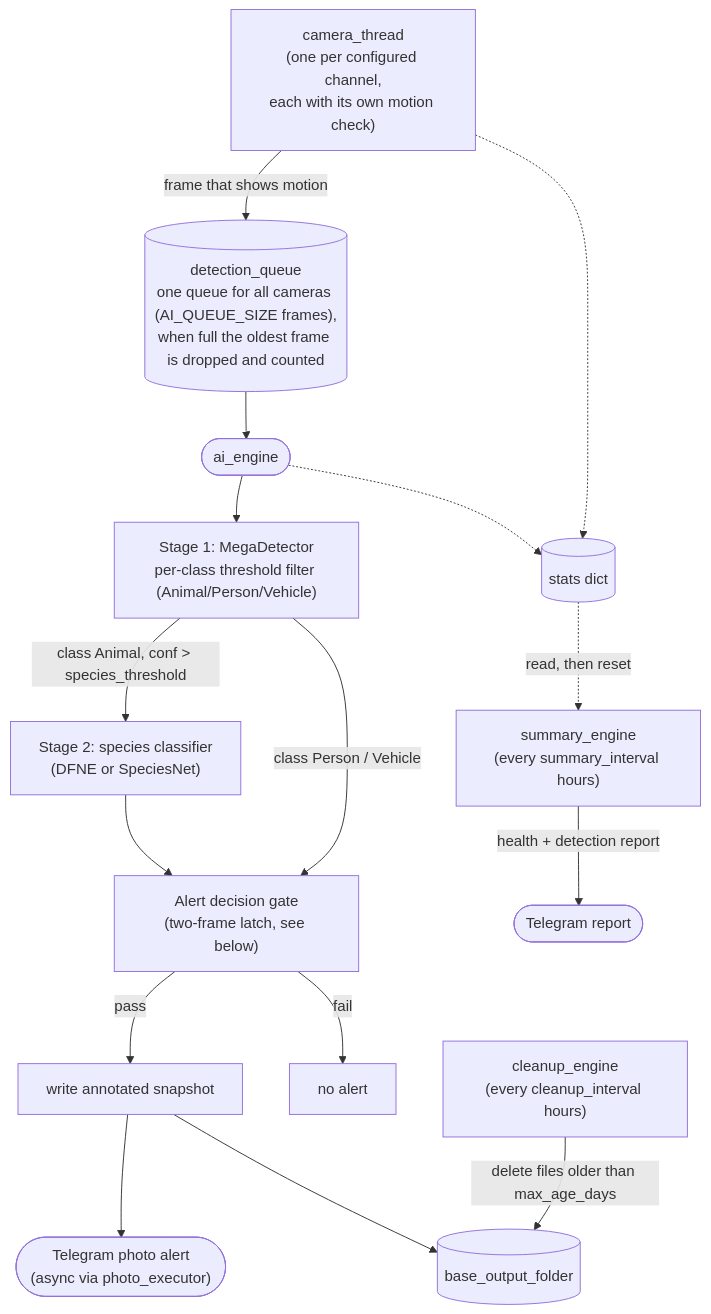
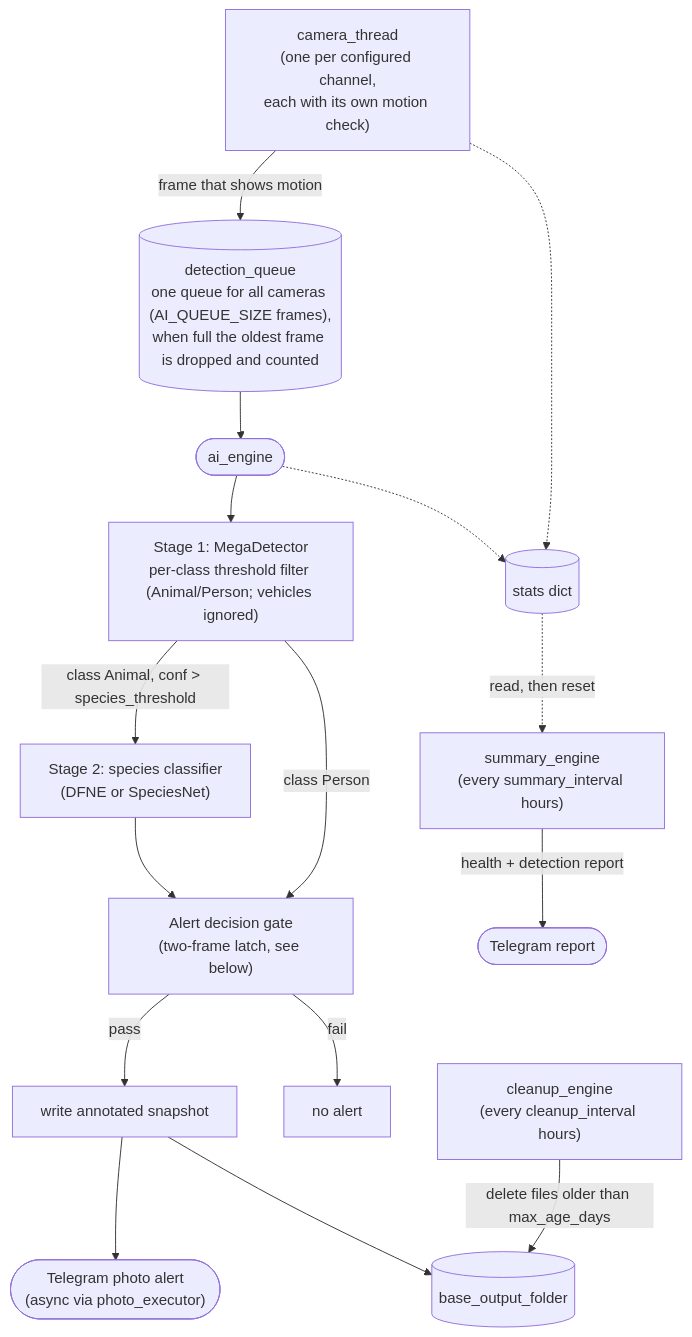
Before and after one commit to maximkonovalov/animalscatcher: the first of 2 diagrams in README.md, drawn with Mermaid. The commit also changed other lines of this file and 2 other files, not shown here.

First line of the commit message:
Bring the docs in line with dropping vehicles

````diff
--- a/README.md
+++ b/README.md
@@ -381,25 +388,25 @@
 ```mermaid
 flowchart TD
     C["camera_thread<br/>(one per configured channel,<br/>each with its own motion check)"] -->|frame that shows motion| Q
 
     Q[("detection_queue<br/>one queue for all cameras (AI_QUEUE_SIZE frames),<br/>when full the oldest frame is dropped and counted")] --> AI(["ai_engine"])
 
-    AI --> MD["Stage 1: MegaDetector<br/>per-class threshold filter (Animal/Person/Vehicle)"]
+    AI --> MD["Stage 1: MegaDetector<br/>per-class threshold filter (Animal/Person; vehicles ignored)"]
     MD -->|"class Animal, conf > species_threshold"| SC["Stage 2: species classifier<br/>(DFNE or SpeciesNet)"]
-    MD -->|"class Person / Vehicle"| Gate
+    MD -->|"class Person"| Gate
     SC --> Gate["Alert decision gate<br/>(two-frame latch, see below)"]
 
     Gate -->|pass| Snap["write annotated snapshot"]
     Gate -->|fail| NoOp["no alert"]
     Snap --> TG(["Telegram photo alert<br/>(async via photo_executor)"])
     Snap --> Out[("base_output_folder")]
 
     Stats[("stats dict")]
     C -.-> Stats
     AI -.-> Stats
 
     Sum["summary_engine<br/>(every summary_interval hours)"] -->|health + detection report| TG2(["Telegram report"])
     Stats -.->|read, then reset| Sum
 
     Clean["cleanup_engine<br/>(every cleanup_interval hours)"] -->|delete files older than max_age_days| Out
 ```
````
